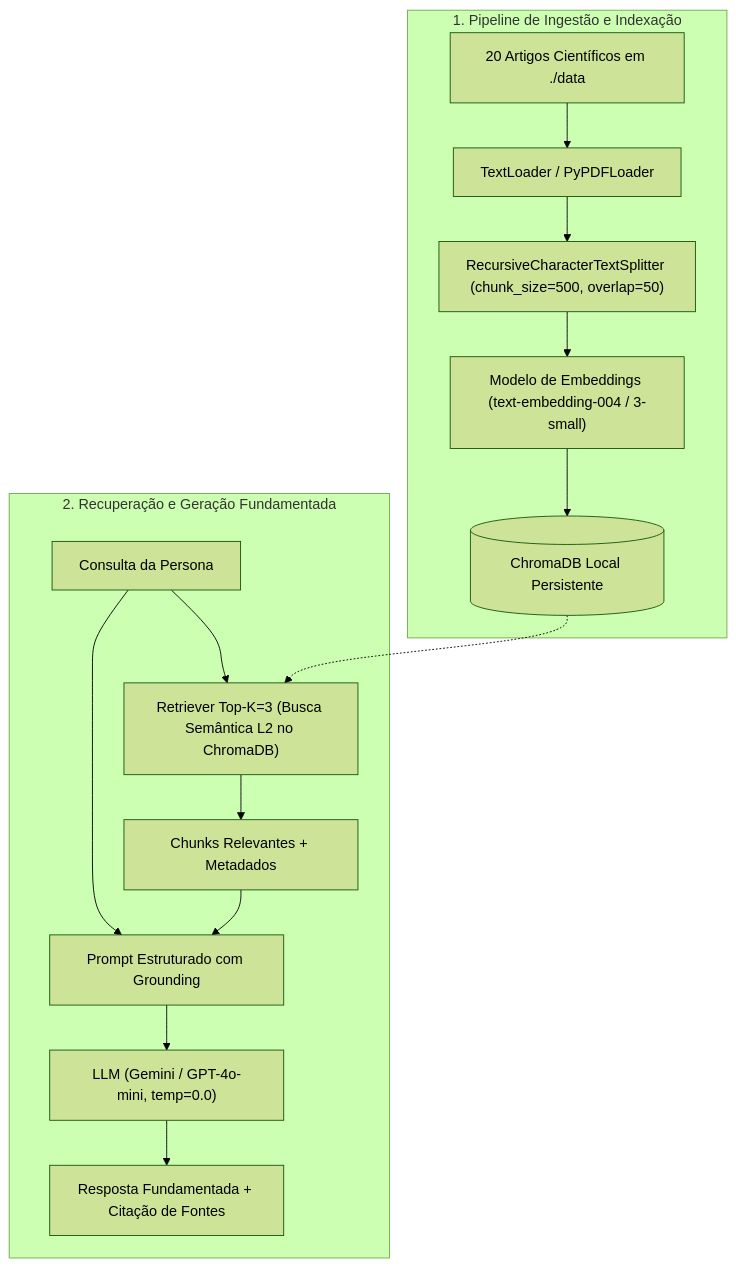
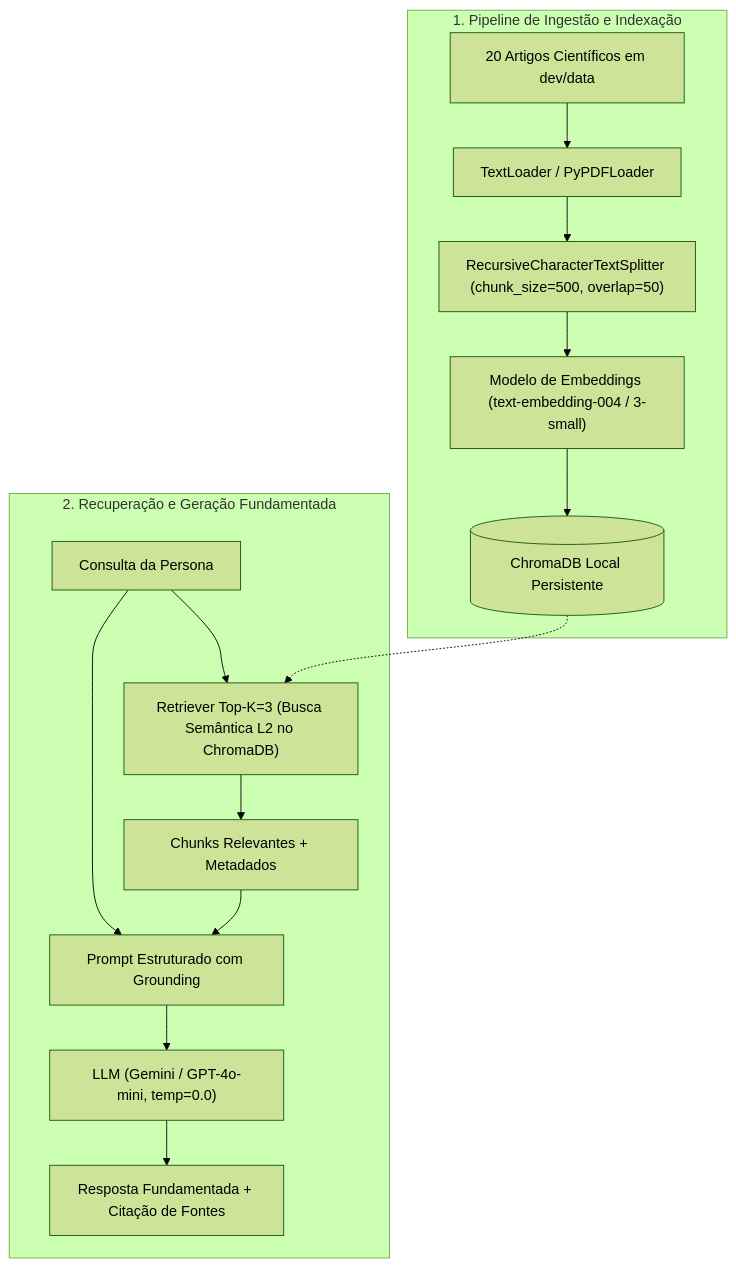
The diagram in README.md (Residencia-em-IA-Challenge-2-Grupo-12/Challenge2-project), drawn with Mermaid (forest theme) before and after one commit. The commit also changed other lines of this file and 28 other files, not shown here.

````diff
--- a/README.md
+++ b/README.md
@@ -22,19 +22,19 @@
 ```mermaid
 flowchart TD
     subgraph Ingestao ["1. Pipeline de Ingestão e Indexação"]
-        A["20 Artigos Científicos em ./data"] --> B["TextLoader / PyPDFLoader"]
+        A["20 Artigos Científicos em dev/data"] --> B["TextLoader / PyPDFLoader"]
         B --> C["RecursiveCharacterTextSplitter (chunk_size=500, overlap=50)"]
         C --> D["Modelo de Embeddings (text-embedding-004 / 3-small)"]
         D --> E[("ChromaDB Local Persistente")]
     end
 
     subgraph Recuperacao ["2. Recuperação e Geração Fundamentada"]
         F["Consulta da Persona"] --> G["Retriever Top-K=3 (Busca Semântica L2 no ChromaDB)"]
         E -.-> G
         G --> H["Chunks Relevantes + Metadados"]
         H --> I["Prompt Estruturado com Grounding"]
         F --> I
         I --> J["LLM (Gemini / GPT-4o-mini, temp=0.0)"]
         J --> K["Resposta Fundamentada + Citação de Fontes"]
     end
 ```
````
